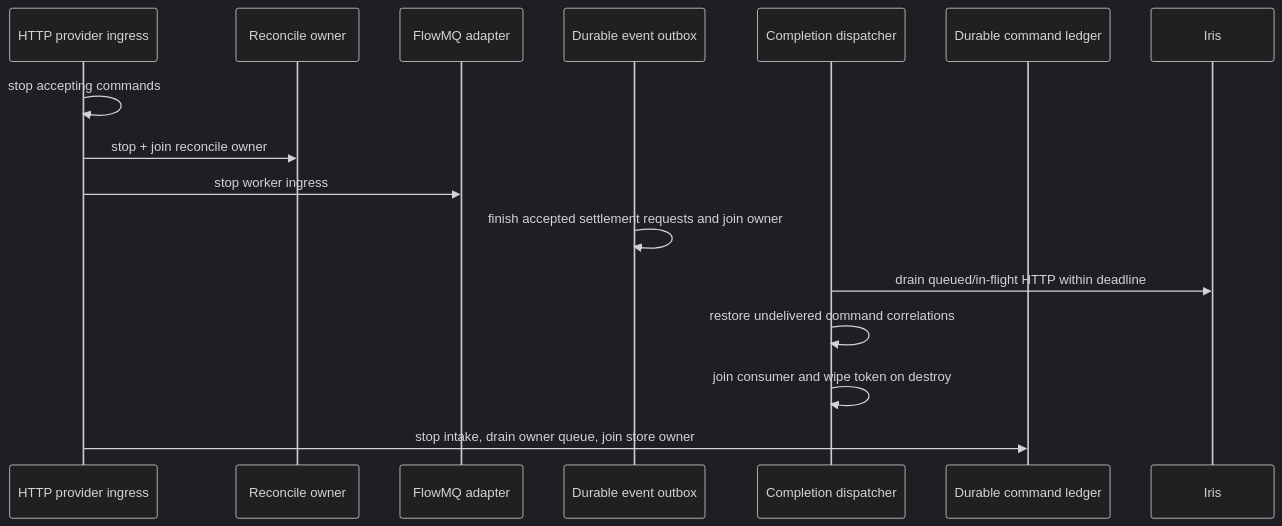
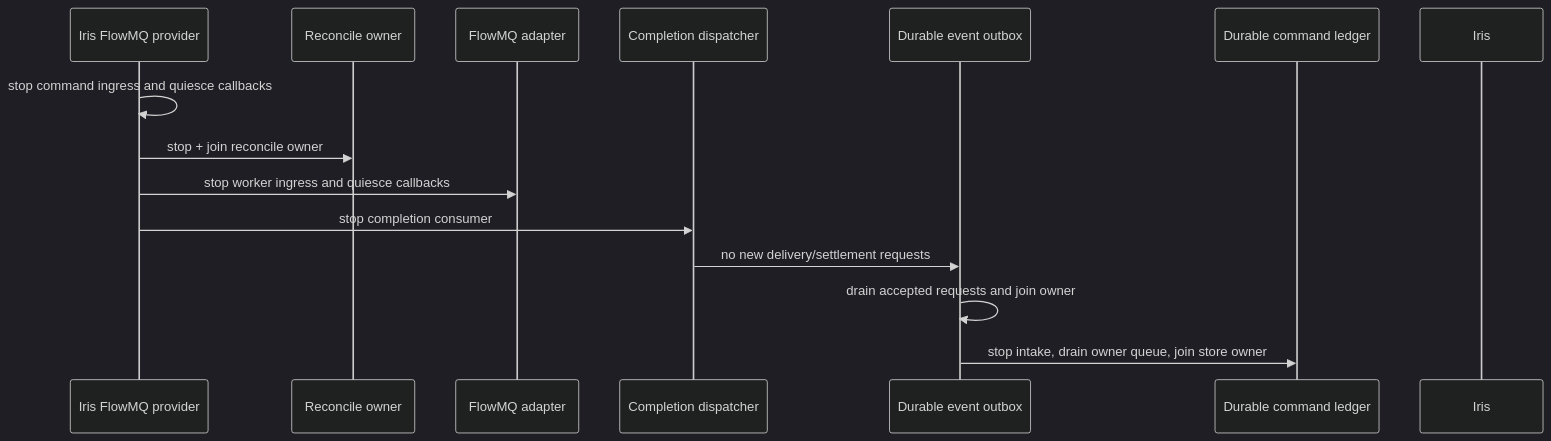
One commit to qigao/turbomedia changed the ninth of 9 diagrams in webrtc/docs/ivr-production-readiness-design-zh.md. Above: the diagram before and after it, drawn with Mermaid (dark theme). The commit also changed other lines of this file and 74 other files, not shown here.

Commit message:
refactor(webrtc): migrate FlowMQ and TurboDB ORM

````diff
--- a/webrtc/docs/ivr-production-readiness-design-zh.md
+++ b/webrtc/docs/ivr-production-readiness-design-zh.md
@@ -532,19 +541,18 @@
 ```mermaid
 sequenceDiagram
-  participant H as HTTP provider ingress
+  participant P as Iris FlowMQ provider
   participant R as Reconcile owner
   participant F as FlowMQ adapter
+  participant D as Completion dispatcher
   participant O as Durable event outbox
-  participant D as Completion dispatcher
   participant L as Durable command ledger
   participant I as Iris
 
-  H->>H: stop accepting commands
-  H->>R: stop + join reconcile owner
-  H->>F: stop worker ingress
-  O->>O: finish accepted settlement requests and join owner
-  D->>I: drain queued/in-flight HTTP within deadline
-  D->>D: restore undelivered command correlations
-  D->>D: join consumer and wipe token on destroy
-  H->>L: stop intake, drain owner queue, join store owner
+  P->>P: stop command ingress and quiesce callbacks
+  P->>R: stop + join reconcile owner
+  P->>F: stop worker ingress and quiesce callbacks
+  P->>D: stop completion consumer
+  D->>O: no new delivery/settlement requests
+  O->>O: drain accepted requests and join owner
+  O->>L: stop intake, drain owner queue, join store owner
 ```
````
